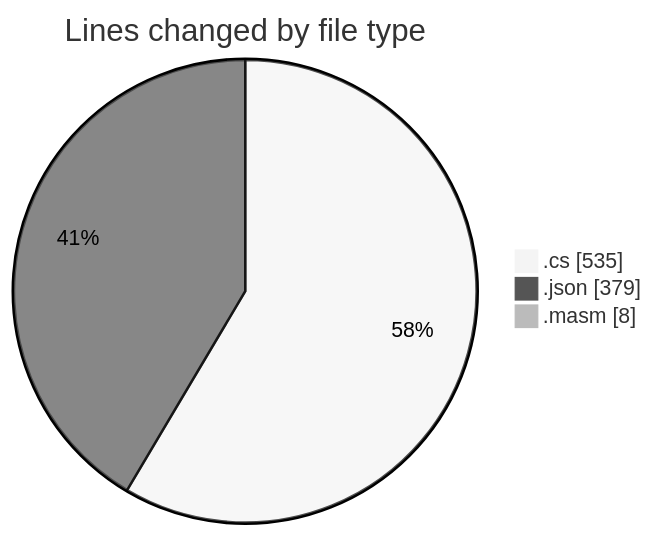
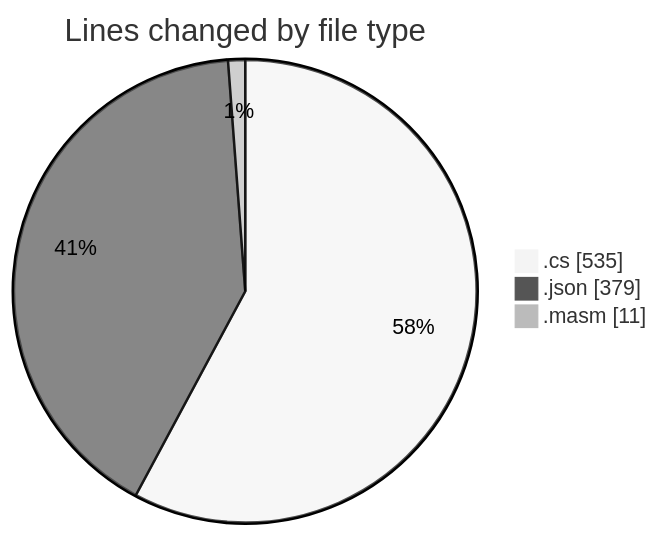
The first of 2 diagrams in 2025-03-15/sharpmasm/README.md (charlie-sans/code-tracking), drawn with Mermaid (neutral theme) before and after one commit. The commit also changed other lines of this file and 1 other file, not shown here.

````diff
--- a/2025-03-15/sharpmasm/README.md
+++ b/2025-03-15/sharpmasm/README.md
@@ -26,7 +27,7 @@
 ```mermaid
 pie showData
 title Lines changed by file type
 ".cs" : 535
 ".json" : 379
-".masm" : 8
+".masm" : 11
 ```
````
